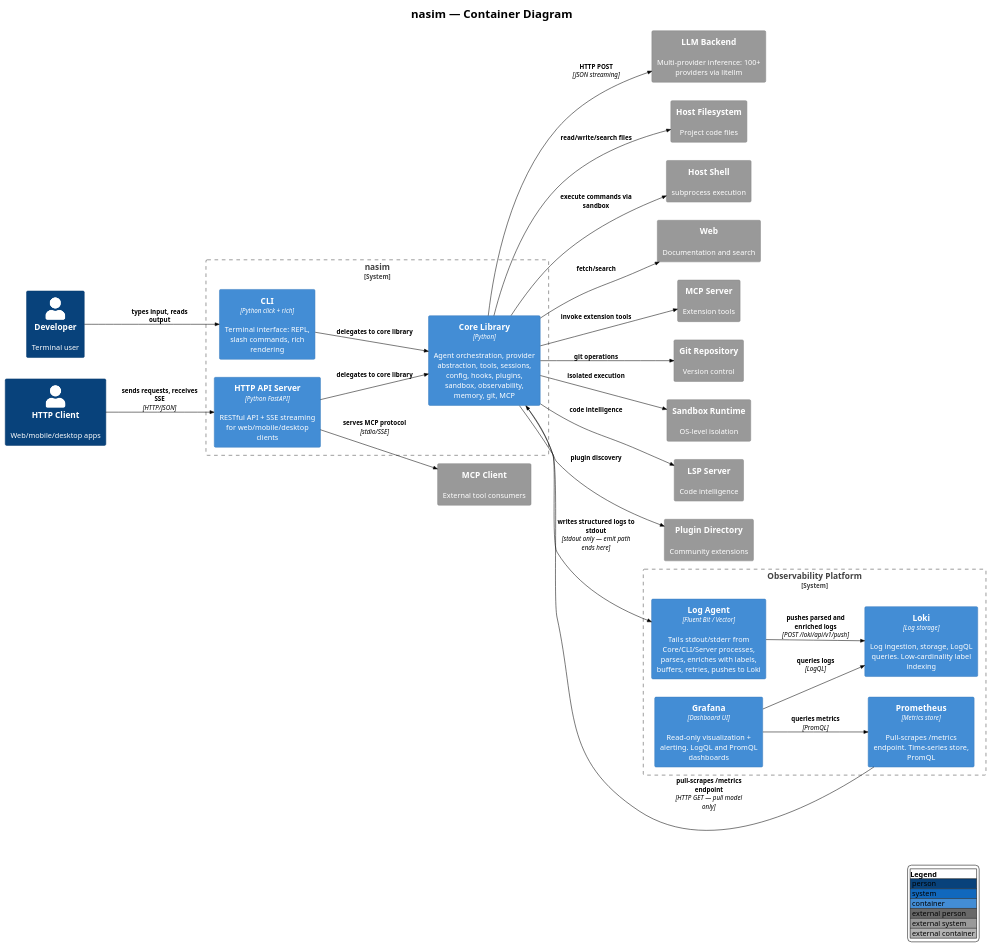
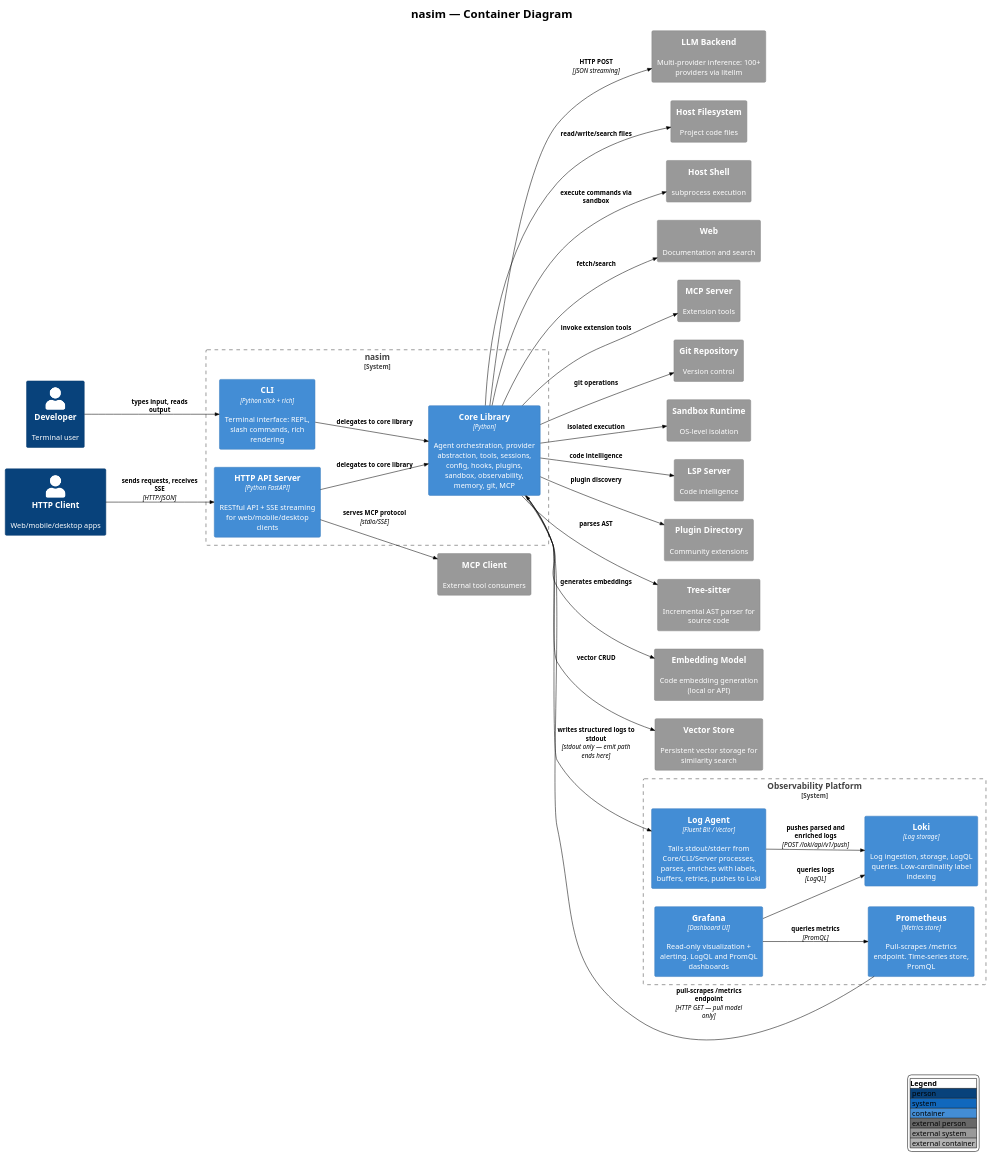
The diagram in docs/C4/c4_nasim_container.puml (salimnamvar/nasim), drawn with PlantUML before and after one commit. The commit also changed 10 other files, not shown here.

```diff
--- a/docs/C4/c4_nasim_container.puml
+++ b/docs/C4/c4_nasim_container.puml
@@ -1,99 +1,105 @@
 @startuml nasim_container
 !include https://raw.githubusercontent.com/plantuml-stdlib/C4-PlantUML/v2.10.0/C4_Container.puml
 !theme plain
 
 ' ============================================================
 ' Title: nasim — Container Diagram
 ' Boundary: nasim code agent
 ' Purpose: Show deployable units, technology choices, and observability pipeline
 ' Milestone: v1.0
 ' Version: 6.0.0
 ' Source: docs/audit/audit.2026.06.20.deep.domain.audit.md
 ' Review: —
 ' ============================================================
 
 LAYOUT_LEFT_RIGHT()
 LAYOUT_WITH_LEGEND()
 
 title nasim — Container Diagram
 
 ' ============================================================
 ' Tags & Styling
 ' ============================================================
 
 AddElementTag("future", $bgColor="#F0F0F0", $fontColor="#666666", $borderColor="#999999", $borderStyle=DashedLine(), $legendText="Future scope (inactive)")
 AddRelTag("future_rel", $textColor="#666666", $lineColor="#999999", $lineStyle=DashedLine(), $legendText="Future relationship")
 
 ' ============================================================
 ' Actors
 ' ============================================================
 
 Person(dev, "Developer", "Terminal user")
 Person(http_client, "HTTP Client", "Web/mobile/desktop apps")
 
 ' ============================================================
 ' nasim Boundary
 ' ============================================================
 
 System_Boundary(nasim, "nasim") {
     Container(cli, "CLI", "Python click + rich", "Terminal interface: REPL, slash commands, rich rendering")
     Container(server, "HTTP API Server", "Python FastAPI", "RESTful API + SSE streaming for web/mobile/desktop clients")
     Container(core, "Core Library", "Python", "Agent orchestration, provider abstraction, tools, sessions, config, hooks, plugins, sandbox, observability, memory, git, MCP")
 }
 
 ' ============================================================
 ' External Systems
 ' ============================================================
 
 System_Ext(llm_backend, "LLM Backend", "Multi-provider inference: 100+ providers via litellm")
 System_Ext(host_fs, "Host Filesystem", "Project code files")
 System_Ext(host_shell, "Host Shell", "subprocess execution")
 System_Ext(web_ext, "Web", "Documentation and search")
 System_Ext(mcp_server, "MCP Server", "Extension tools")
 System_Ext(mcp_client, "MCP Client", "External tool consumers")
 System_Ext(git_repo, "Git Repository", "Version control")
 System_Ext(sandbox_rt, "Sandbox Runtime", "OS-level isolation")
 System_Ext(lsp_server, "LSP Server", "Code intelligence")
 System_Ext(plugin_dir, "Plugin Directory", "Community extensions")
+System_Ext(tree_sitter, "Tree-sitter", "Incremental AST parser for source code")
+System_Ext(embedding_model, "Embedding Model", "Code embedding generation (local or API)")
+System_Ext(vector_store, "Vector Store", "Persistent vector storage for similarity search")
 
 ' ============================================================
 ' Observability Platform (tenas pattern)
 ' ============================================================
 
 System_Boundary(obs_platform, "Observability Platform") {
     Container(log_agent, "Log Agent", "Fluent Bit / Vector", "Tails stdout/stderr from Core/CLI/Server processes, parses, enriches with labels, buffers, retries, pushes to Loki")
     Container(loki, "Loki", "Log storage", "Log ingestion, storage, LogQL queries. Low-cardinality label indexing")
     Container(prometheus, "Prometheus", "Metrics store", "Pull-scrapes /metrics endpoint. Time-series store, PromQL")
     Container(grafana, "Grafana", "Dashboard UI", "Read-only visualization + alerting. LogQL and PromQL dashboards")
 }
 
 ' ============================================================
 ' Relationships
 ' ============================================================
 
 Rel(dev, cli, "types input, reads output")
 Rel(http_client, server, "sends requests, receives SSE", "HTTP/JSON")
 Rel(cli, core, "delegates to core library")
 Rel(server, core, "delegates to core library")
 Rel(core, llm_backend, "HTTP POST", "JSON streaming")
 Rel(core, host_fs, "read/write/search files")
 Rel(core, host_shell, "execute commands via sandbox")
 Rel(core, web_ext, "fetch/search")
 Rel(core, mcp_server, "invoke extension tools")
 Rel(server, mcp_client, "serves MCP protocol", "stdio/SSE")
 Rel(core, git_repo, "git operations")
 Rel(core, sandbox_rt, "isolated execution")
 Rel(core, lsp_server, "code intelligence")
 Rel(core, plugin_dir, "plugin discovery")
+Rel(core, tree_sitter, "parses AST")
+Rel(core, embedding_model, "generates embeddings")
+Rel(core, vector_store, "vector CRUD")
 
 ' ============================================================
 ' Observability Pipeline (tenas pattern: emit-only app, platform-owned collection)
 ' ============================================================
 
 Rel(core, log_agent, "writes structured logs to stdout", "stdout only — emit path ends here")
 Rel(log_agent, loki, "pushes parsed and enriched logs", "POST /loki/api/v1/push")
 Rel(prometheus, core, "pull-scrapes /metrics endpoint", "HTTP GET — pull model only")
 Rel(grafana, loki, "queries logs", "LogQL")
 Rel(grafana, prometheus, "queries metrics", "PromQL")
 
 @enduml
```
